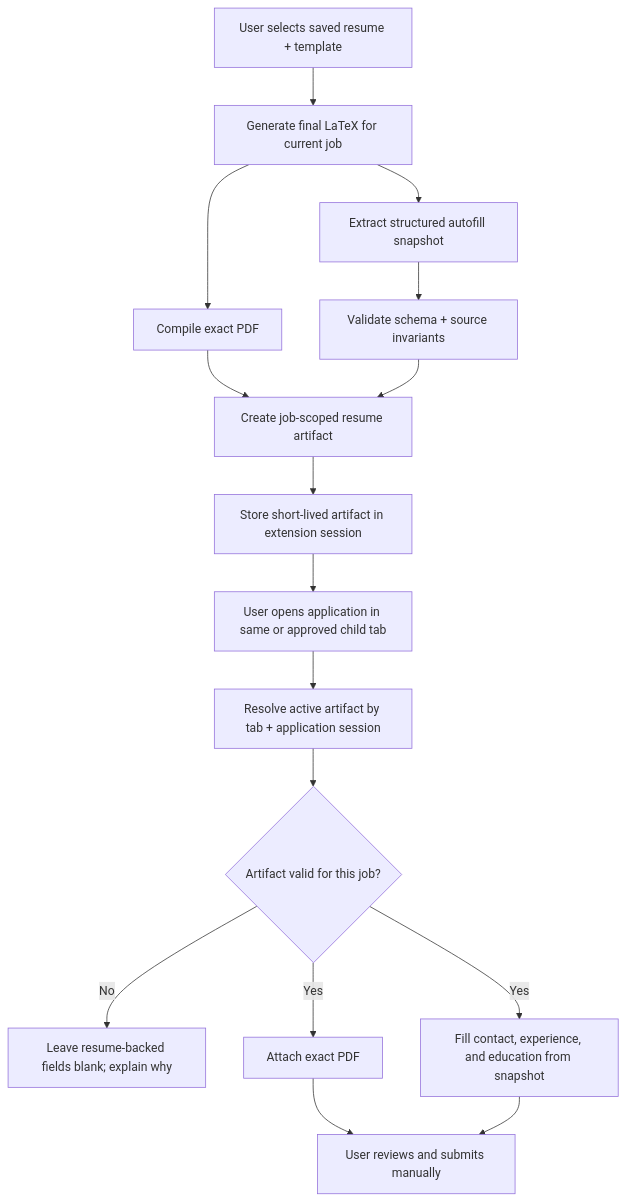
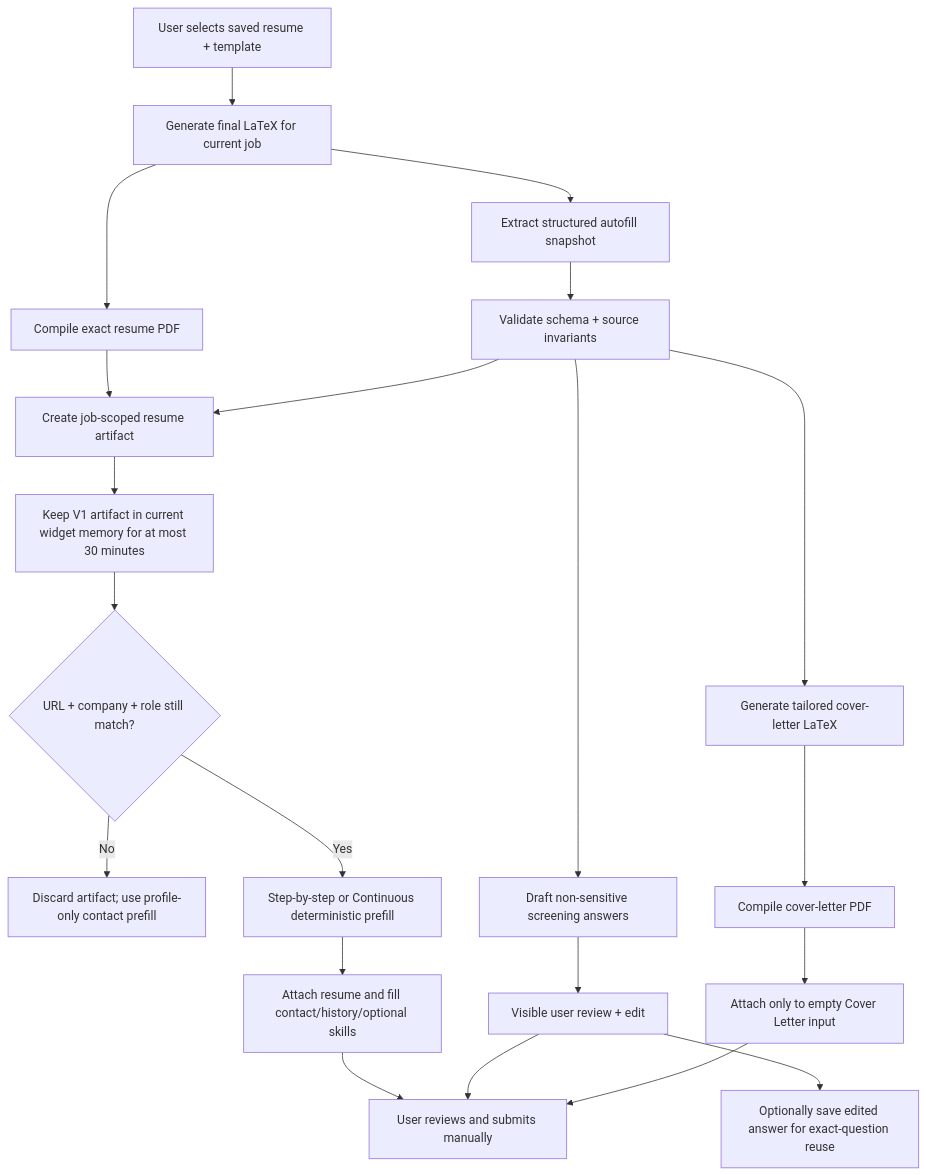
The diagram in docs/architecture/job-scoped-resume-autofill/README.md (dikondaashish/TrackmyOPT), drawn with Mermaid before and after one commit. The commit also changed other lines of this file and 4 other files, not shown here.

````diff
--- a/docs/architecture/job-scoped-resume-autofill/README.md
+++ b/docs/architecture/job-scoped-resume-autofill/README.md
@@ -261,18 +368,23 @@
 ```mermaid
 flowchart TD
     A["User selects saved resume + template"] --> B["Generate final LaTeX for current job"]
-    B --> C["Compile exact PDF"]
+    B --> C["Compile exact resume PDF"]
     B --> D["Extract structured autofill snapshot"]
     D --> E["Validate schema + source invariants"]
     C --> F["Create job-scoped resume artifact"]
     E --> F
-    F --> G["Store short-lived artifact in extension session"]
-    G --> H["User opens application in same or approved child tab"]
-    H --> I["Resolve active artifact by tab + application session"]
-    I --> J{"Artifact valid for this job?"}
-    J -- "No" --> K["Leave resume-backed fields blank; explain why"]
-    J -- "Yes" --> L["Attach exact PDF"]
-    J -- "Yes" --> M["Fill contact, experience, and education from snapshot"]
-    L --> N["User reviews and submits manually"]
-    M --> N
+    F --> G["Keep V1 artifact in current widget memory for at most 30 minutes"]
+    G --> H{"URL + company + role still match?"}
+    H -- "No" --> I["Discard artifact; use profile-only contact prefill"]
+    H -- "Yes" --> J["Step-by-step or Continuous deterministic prefill"]
+    J --> K["Attach resume and fill contact/history/optional skills"]
+    E --> L["Draft non-sensitive screening answers"]
+    L --> M["Visible user review + edit"]
+    M --> N["Optionally save edited answer for exact-question reuse"]
+    E --> O["Generate tailored cover-letter LaTeX"]
+    O --> P["Compile cover-letter PDF"]
+    P --> Q["Attach only to empty Cover Letter input"]
+    K --> R["User reviews and submits manually"]
+    M --> R
+    Q --> R
 ```
````
